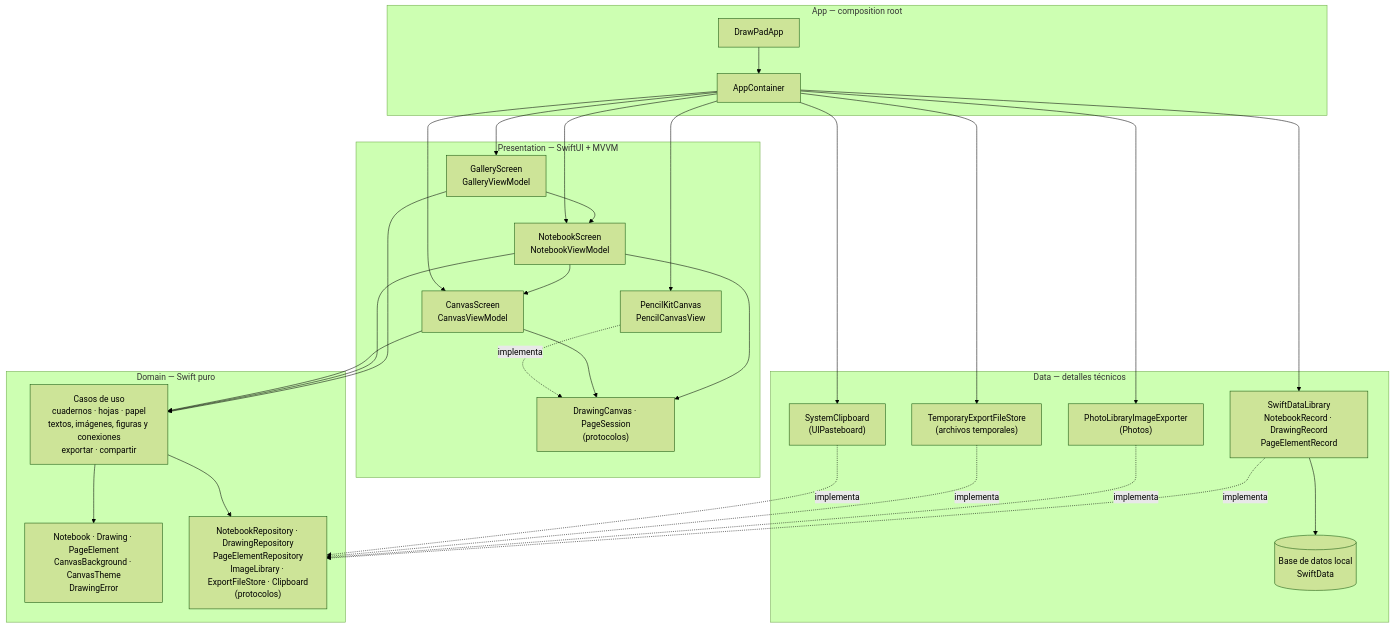
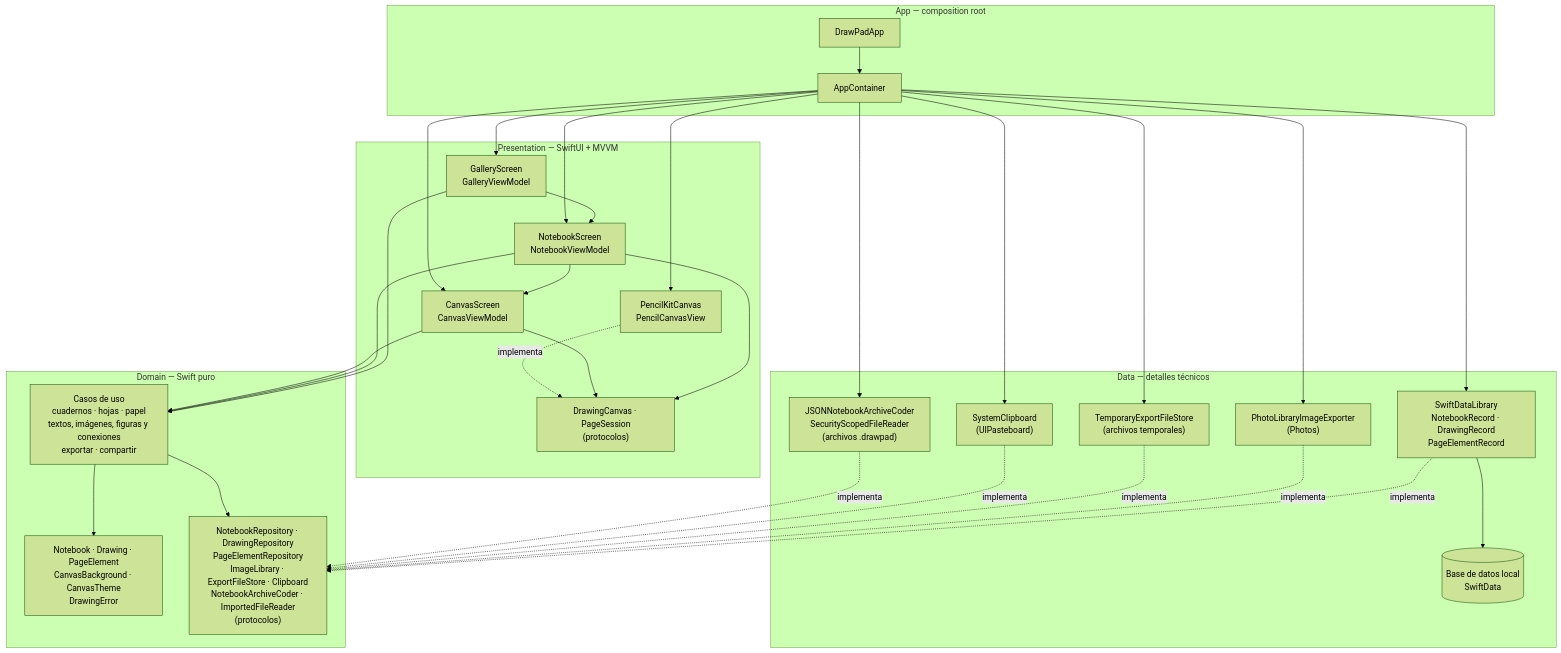
The first of 15 diagrams in docs/arquitectura.md (jhonjairo6230/DrawPad), drawn with Mermaid (forest theme) before and after one commit. The commit also changed other lines of this file and 5 other files, not shown here.

````diff
--- a/docs/arquitectura.md
+++ b/docs/arquitectura.md
@@ -13,51 +13,54 @@
 ```mermaid
 flowchart TB
     subgraph APP["App — composition root"]
         A1["DrawPadApp"]
         A2["AppContainer"]
     end
     subgraph PRES["Presentation — SwiftUI + MVVM"]
         G1["GalleryScreen<br/>GalleryViewModel"]
         N1["NotebookScreen<br/>NotebookViewModel"]
         P1["CanvasScreen<br/>CanvasViewModel"]
         P3["DrawingCanvas · PageSession<br/>(protocolos)"]
         P4["PencilKitCanvas<br/>PencilCanvasView"]
     end
     subgraph DOM["Domain — Swift puro"]
         D1["Casos de uso<br/>cuadernos · hojas · papel<br/>textos, imágenes, figuras y conexiones<br/>exportar · compartir"]
         D2["Notebook · Drawing · PageElement<br/>CanvasBackground · CanvasTheme<br/>DrawingError"]
-        D3["NotebookRepository · DrawingRepository<br/>PageElementRepository<br/>ImageLibrary · ExportFileStore · Clipboard<br/>(protocolos)"]
+        D3["NotebookRepository · DrawingRepository<br/>PageElementRepository<br/>ImageLibrary · ExportFileStore · Clipboard<br/>NotebookArchiveCoder · ImportedFileReader<br/>(protocolos)"]
     end
     subgraph DATA["Data — detalles técnicos"]
         T1["SwiftDataLibrary<br/>NotebookRecord · DrawingRecord<br/>PageElementRecord"]
         T2["PhotoLibraryImageExporter<br/>(Photos)"]
         T4["TemporaryExportFileStore<br/>(archivos temporales)"]
         T5["SystemClipboard<br/>(UIPasteboard)"]
+        T6["JSONNotebookArchiveCoder<br/>SecurityScopedFileReader<br/>(archivos .drawpad)"]
         T3[("Base de datos local<br/>SwiftData")]
     end
 
     G1 --> N1
     N1 --> P1
     G1 --> D1
     N1 --> D1
     N1 --> P3
     P1 --> P3
     P1 --> D1
     P4 -. implementa .-> P3
     D1 --> D2
     D1 --> D3
     T1 -. implementa .-> D3
     T2 -. implementa .-> D3
     T4 -. implementa .-> D3
     T5 -. implementa .-> D3
+    T6 -. implementa .-> D3
     T1 --> T3
     A1 --> A2
     A2 --> G1
     A2 --> N1
     A2 --> P1
     A2 --> P4
     A2 --> T1
     A2 --> T2
     A2 --> T4
     A2 --> T5
+    A2 --> T6
 ```
````
